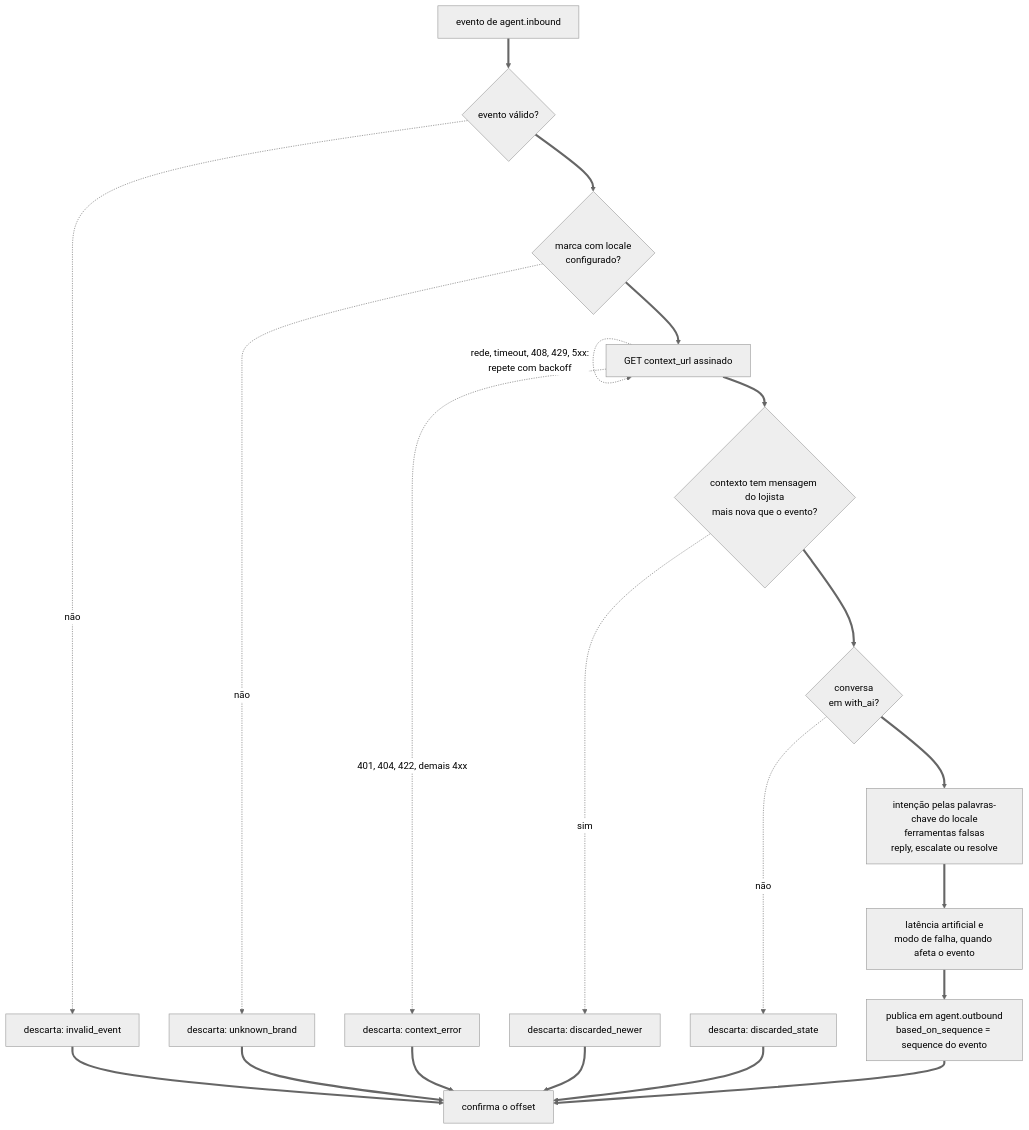
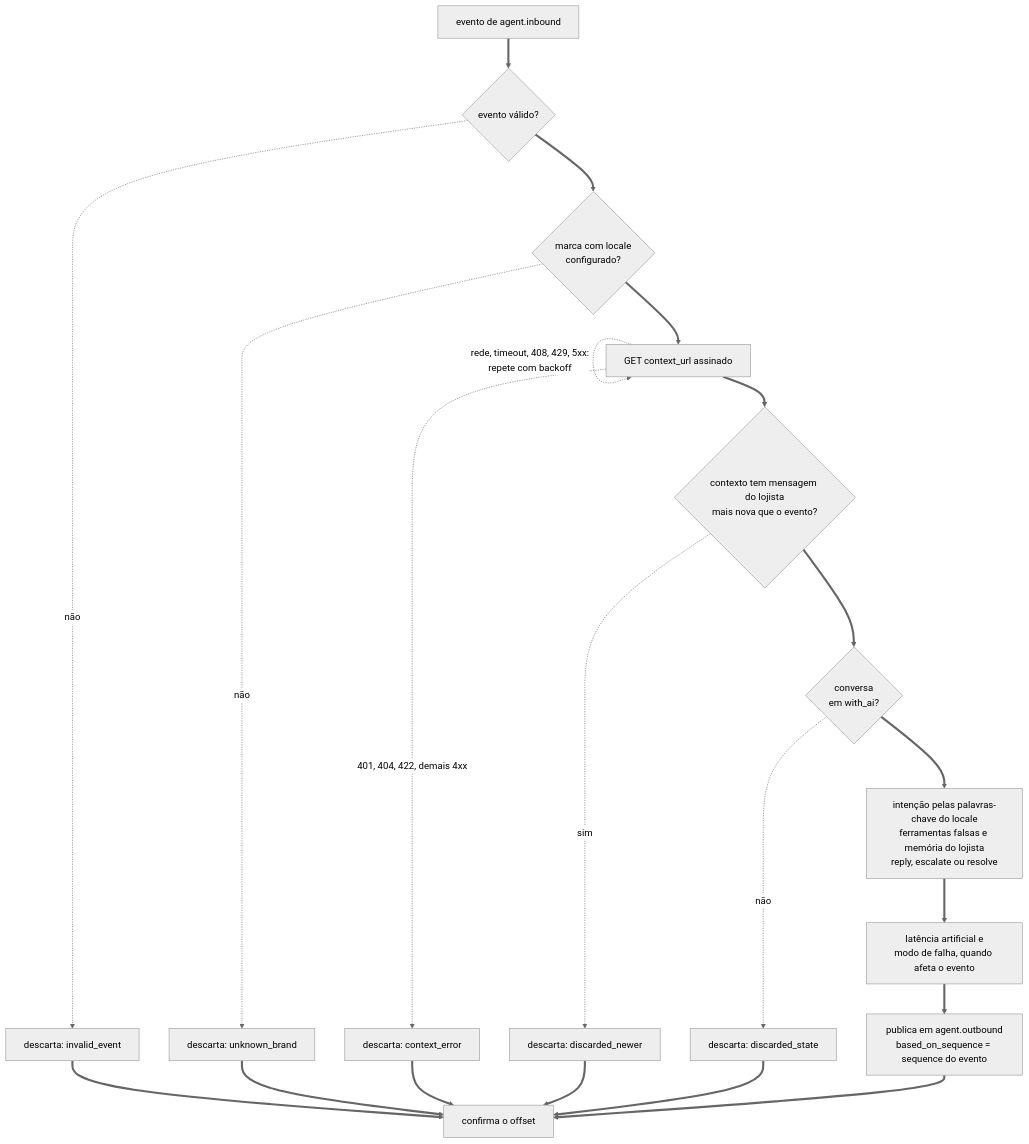
One commit to lcordeirokopke/Cloudesk changed diagram 22 of 23 in documents/arquitetura.md. Above: the diagram before and after it, drawn with Mermaid (neutral theme). The commit also changed other lines of this file and 49 other files, not shown here.

````diff
--- a/documents/arquitetura.md
+++ b/documents/arquitetura.md
@@ -791,23 +812,23 @@
 ```mermaid
 flowchart TB
     EV["evento de agent.inbound"] ==> V{"evento válido?"}
     V -.->|"não"| D1["descarta: invalid_event"]
     V ==> BL{"marca com locale<br/>configurado?"}
     BL -.->|"não"| D2["descarta: unknown_brand"]
     BL ==> CX["GET context_url assinado"]
     CX -.->|"rede, timeout, 408, 429, 5xx:<br/>repete com backoff"| CX
     CX -.->|"401, 404, 422, demais 4xx"| D3["descarta: context_error"]
     CX ==> NW{"contexto tem mensagem do lojista<br/>mais nova que o evento?"}
     NW -.->|"sim"| D4["descarta: discarded_newer"]
     NW ==> SW{"conversa<br/>em with_ai?"}
     SW -.->|"não"| D5["descarta: discarded_state"]
-    SW ==> DEC["intenção pelas palavras-chave do locale<br/>ferramentas falsas<br/>reply, escalate ou resolve"]
+    SW ==> DEC["intenção pelas palavras-chave do locale<br/>ferramentas falsas e memória do lojista<br/>reply, escalate ou resolve"]
     DEC ==> LAT["latência artificial e<br/>modo de falha, quando afeta o evento"]
     LAT ==> PUB["publica em agent.outbound<br/>based_on_sequence = sequence do evento"]
     PUB ==> OFF["confirma o offset"]
     D1 ==> OFF
     D2 ==> OFF
     D3 ==> OFF
     D4 ==> OFF
     D5 ==> OFF
 ```
````
